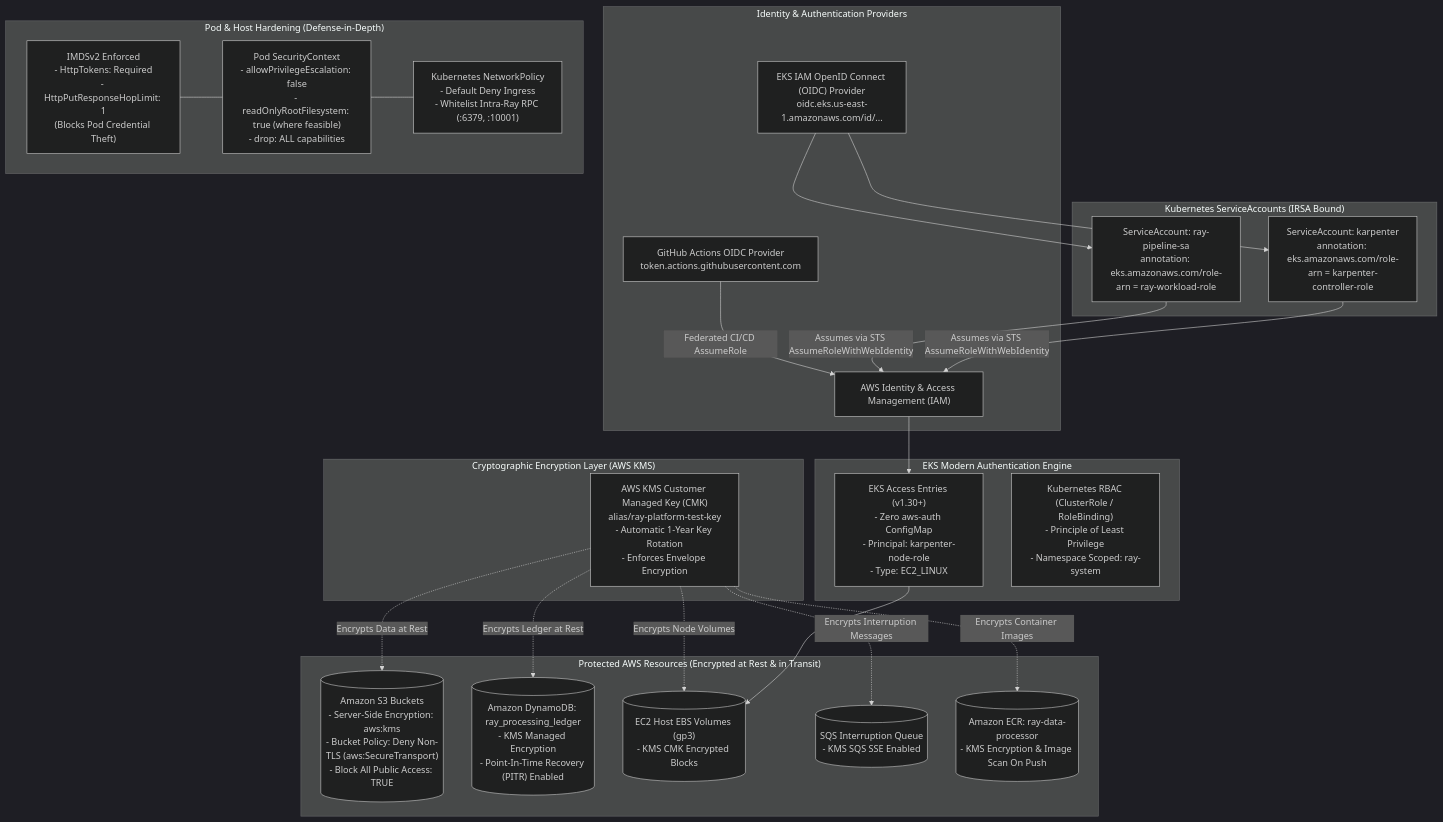
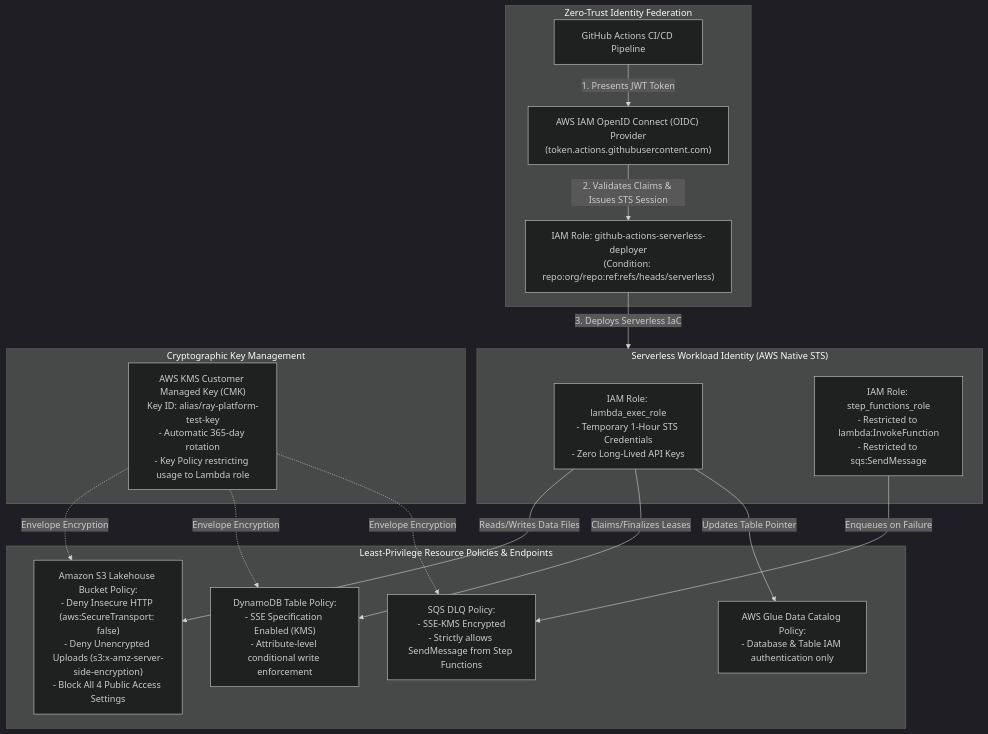
The diagram in ray-ai-platform/docs/mermaid/07-security-identity.mmd (jashkv/ray-platform), drawn with Mermaid (dark theme) before and after one commit. The commit also changed 34 other files, not shown here.

Commit message:
docs(serverless): completely align all documentation, diagrams, runbooks, and test configs with the AWS Serverless Platform architecture

```diff
--- a/ray-ai-platform/docs/mermaid/07-security-identity.mmd
+++ b/ray-ai-platform/docs/mermaid/07-security-identity.mmd
@@ -1,57 +1,36 @@
 flowchart TD
-    %% Zero Trust Security, Workload Identity & Cryptographic Architecture
-    subgraph Identity_Providers["Identity & Authentication Providers"]
-        AWS_IAM["AWS Identity & Access Management (IAM)"]
-        OIDC_EKS["EKS IAM OpenID Connect (OIDC) Provider\noidc.eks.us-east-1.amazonaws.com/id/..."]
-        GHA_OIDC["GitHub Actions OIDC Provider\ntoken.actions.githubusercontent.com"]
+    %% Serverless Zero-Trust Security, Identity & Cryptographic Architecture
+    subgraph IdentityFederation["Zero-Trust Identity Federation"]
+        GHA["GitHub Actions CI/CD Pipeline"]
+        AWS_OIDC["AWS IAM OpenID Connect (OIDC) Provider\n(token.actions.githubusercontent.com)"]
+        DEPLOY_ROLE["IAM Role: github-actions-serverless-deployer\n(Condition: repo:org/repo:ref:refs/heads/serverless)"]
     end
 
-    subgraph EKS_Auth["EKS Modern Authentication Engine"]
-        ACCESS_ENTRY["EKS Access Entries (v1.30+)\n- Zero aws-auth ConfigMap\n- Principal: karpenter-node-role\n- Type: EC2_LINUX"]
-        K8S_RBAC["Kubernetes RBAC (ClusterRole / RoleBinding)\n- Principle of Least Privilege\n- Namespace Scoped: ray-system"]
+    subgraph RuntimeWorkloadIdentity["Serverless Workload Identity (AWS Native STS)"]
+        LAMBDA_EXEC_ROLE["IAM Role: lambda_exec_role\n- Temporary 1-Hour STS Credentials\n- Zero Long-Lived API Keys"]
+        SFN_ROLE["IAM Role: step_functions_role\n- Restricted to lambda:InvokeFunction\n- Restricted to sqs:SendMessage"]
     end
 
-    subgraph ServiceAccounts["Kubernetes ServiceAccounts (IRSA Bound)"]
-        SA_RAY["ServiceAccount: ray-pipeline-sa\nannotation: eks.amazonaws.com/role-arn = ray-workload-role"]
-        SA_KARP["ServiceAccount: karpenter\nannotation: eks.amazonaws.com/role-arn = karpenter-controller-role"]
+    subgraph CryptographicFoundations["Cryptographic Key Management"]
+        KMS_CMK["AWS KMS Customer Managed Key (CMK)\nKey ID: alias/ray-platform-test-key\n- Automatic 365-day rotation\n- Key Policy restricting usage to Lambda role"]
     end
 
-    subgraph Cryptographic_Foundation["Cryptographic Encryption Layer (AWS KMS)"]
-        KMS_CMK["AWS KMS Customer Managed Key (CMK)\nalias/ray-platform-test-key\n- Automatic 1-Year Key Rotation\n- Enforces Envelope Encryption"]
+    subgraph ResourcePolicies["Least-Privilege Resource Policies & Endpoints"]
+        S3_POLICY["Amazon S3 Lakehouse Bucket Policy:\n- Deny Insecure HTTP (aws:SecureTransport: false)\n- Deny Unencrypted Uploads (s3:x-amz-server-side-encryption)\n- Block All 4 Public Access Settings"]
+        DDB_POLICY["DynamoDB Table Policy:\n- SSE Specification Enabled (KMS)\n- Attribute-level conditional write enforcement"]
+        GLUE_POLICY["AWS Glue Data Catalog Policy:\n- Database & Table IAM authentication only"]
+        SQS_POLICY["SQS DLQ Policy:\n- SSE-KMS Encrypted\n- Strictly allows SendMessage from Step Functions"]
     end
 
-    subgraph AWS_Resources["Protected AWS Resources (Encrypted at Rest & in Transit)"]
-        S3_DATA[("Amazon S3 Buckets\n- Server-Side Encryption: aws:kms\n- Bucket Policy: Deny Non-TLS (aws:SecureTransport)\n- Block All Public Access: TRUE")]
-        DDB[("Amazon DynamoDB: ray_processing_ledger\n- KMS Managed Encryption\n- Point-In-Time Recovery (PITR) Enabled")]
-        EBS[("EC2 Host EBS Volumes (gp3)\n- KMS CMK Encrypted Blocks")]
-        SQS_INT[("SQS Interruption Queue\n- KMS SQS SSE Enabled")]
-        ECR_REG[("Amazon ECR: ray-data-processor\n- KMS Encryption & Image Scan On Push")]
-    end
+    GHA -->|1. Presents JWT Token| AWS_OIDC
+    AWS_OIDC -->|2. Validates Claims & Issues STS Session| DEPLOY_ROLE
+    DEPLOY_ROLE -->|3. Deploys Serverless IaC| RuntimeWorkloadIdentity
 
-    subgraph Pod_Runtime_Security["Pod & Host Hardening (Defense-in-Depth)"]
-        IMDSV2["IMDSv2 Enforced\n- HttpTokens: Required\n- HttpPutResponseHopLimit: 1\n(Blocks Pod Credential Theft)"]
-        SEC_CTX["Pod SecurityContext\n- allowPrivilegeEscalation: false\n- readOnlyRootFilesystem: true (where feasible)\n- drop: ALL capabilities"]
-        NET_POL["Kubernetes NetworkPolicy\n- Default Deny Ingress\n- Whitelist Intra-Ray RPC (:6379, :10001)"]
-    end
+    LAMBDA_EXEC_ROLE -->|Reads/Writes Data Files| S3_POLICY
+    LAMBDA_EXEC_ROLE -->|Claims/Finalizes Leases| DDB_POLICY
+    LAMBDA_EXEC_ROLE -->|Updates Table Pointer| GLUE_POLICY
+    SFN_ROLE -->|Enqueues on Failure| SQS_POLICY
 
-    %% Identity Federation
-    OIDC_EKS --> SA_RAY
-    OIDC_EKS --> SA_KARP
-    GHA_OIDC -->|"Federated CI/CD AssumeRole"| AWS_IAM
-    AWS_IAM --> ACCESS_ENTRY
-
-    %% Role Bounds
-    SA_RAY -->|"Assumes via STS AssumeRoleWithWebIdentity"| AWS_IAM
-    SA_KARP -->|"Assumes via STS AssumeRoleWithWebIdentity"| AWS_IAM
-
-    %% Cryptographic Ties
-    KMS_CMK -.->|"Encrypts Data at Rest"| S3_DATA
-    KMS_CMK -.->|"Encrypts Ledger at Rest"| DDB
-    KMS_CMK -.->|"Encrypts Node Volumes"| EBS
-    KMS_CMK -.->|"Encrypts Interruption Messages"| SQS_INT
-    KMS_CMK -.->|"Encrypts Container Images"| ECR_REG
-
-    %% Node Hardening
-    ACCESS_ENTRY --> EBS
-    IMDSV2 --- SEC_CTX
-    SEC_CTX --- NET_POL
+    KMS_CMK -.->|Envelope Encryption| S3_POLICY
+    KMS_CMK -.->|Envelope Encryption| DDB_POLICY
+    KMS_CMK -.->|Envelope Encryption| SQS_POLICY
```
